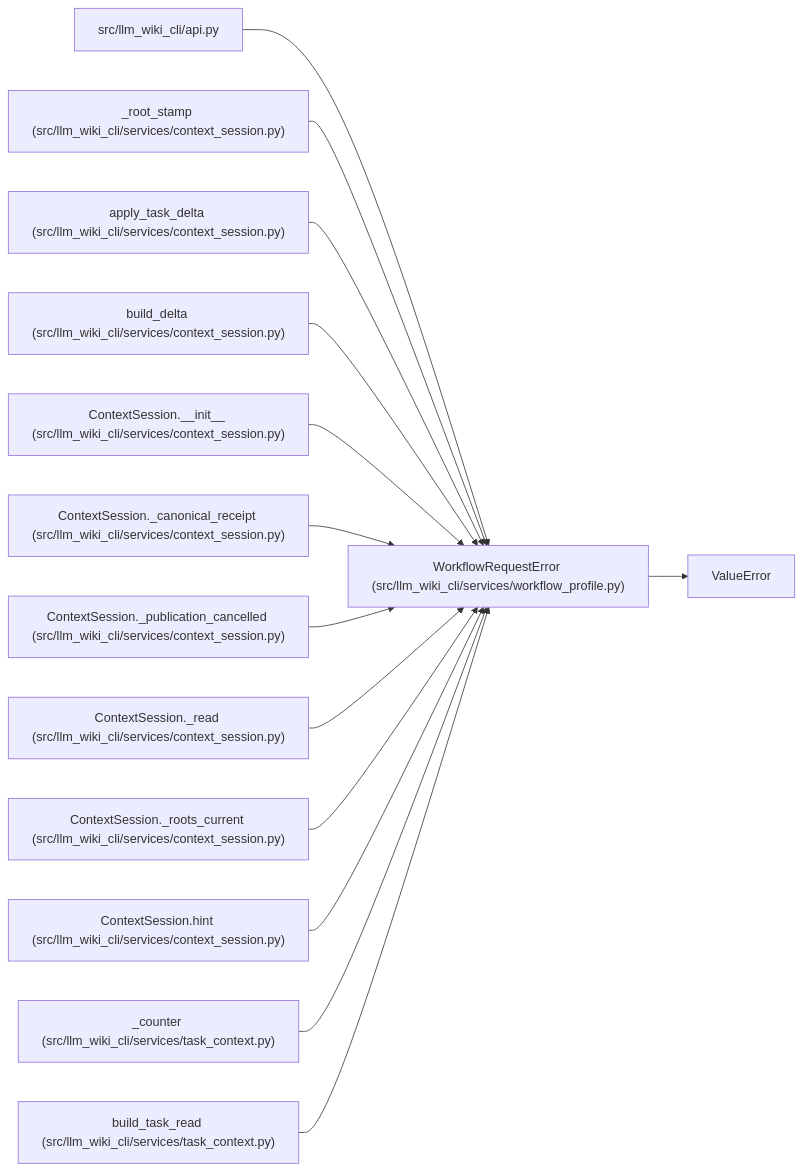
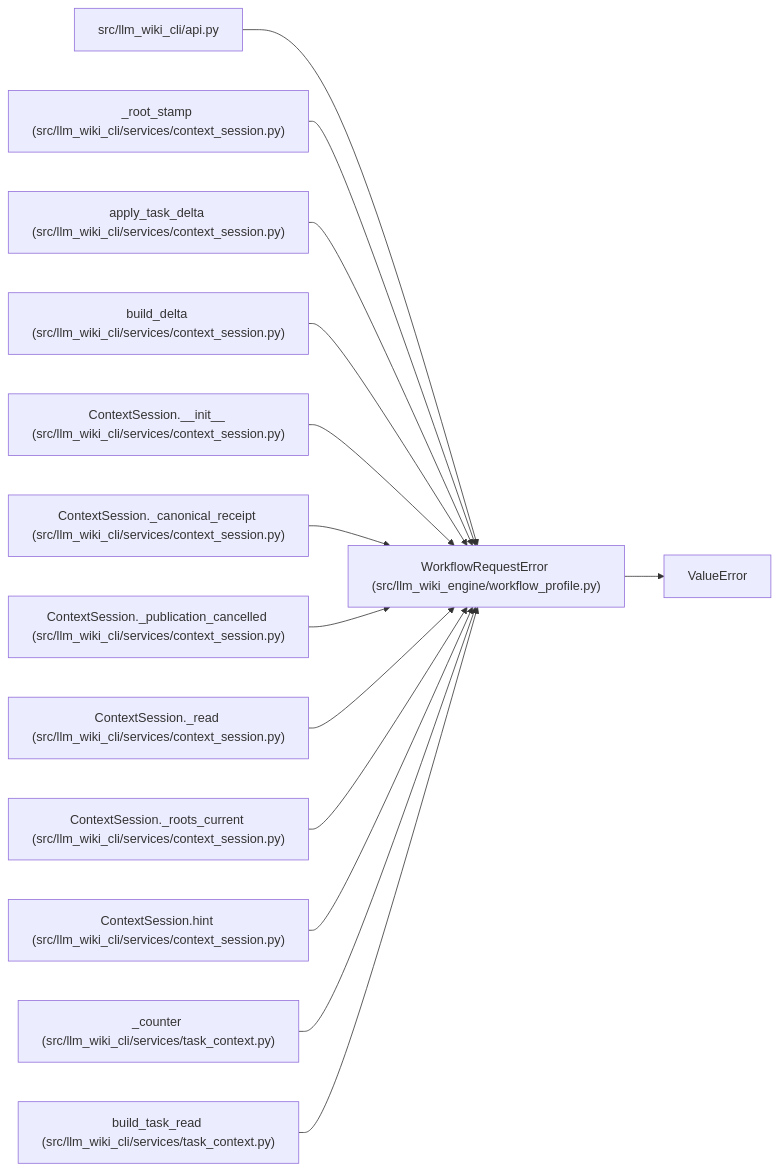
Before and after one commit to Denissvgn/python-wiki-llm: the diagram in docs/llm_wiki/entities/WorkflowRequestError.md, drawn with Mermaid. The commit also changed other lines of this file and 1103 other files, not shown here.

First line of the commit message:
docs: refresh the wiki for the llm-wiki-engine distribution

````diff
--- a/docs/llm_wiki/entities/WorkflowRequestError.md
+++ b/docs/llm_wiki/entities/WorkflowRequestError.md
@@ -25,43 +25,43 @@
 ```mermaid
 flowchart LR
-    n0["WorkflowRequestError (src/llm_wiki_cli/services/workflow_profile.py)"]
+    n0["WorkflowRequestError (src/llm_wiki_engine/workflow_profile.py)"]
     n1["ValueError"]
     n2["src/llm_wiki_cli/api.py"]
     n3["_root_stamp (src/llm_wiki_cli/services/context_session.py)"]
     n4["apply_task_delta (src/llm_wiki_cli/services/context_session.py)"]
     n5["build_delta (src/llm_wiki_cli/services/context_session.py)"]
     n6["ContextSession.__init__ (src/llm_wiki_cli/services/context_session.py)"]
     n7["ContextSession._canonical_receipt (src/llm_wiki_cli/services/context_session.py)"]
     n8["ContextSession._publication_cancelled (src/llm_wiki_cli/services/context_session.py)"]
     n9["ContextSession._read (src/llm_wiki_cli/services/context_session.py)"]
     n10["ContextSession._roots_current (src/llm_wiki_cli/services/context_session.py)"]
     n11["ContextSession.hint (src/llm_wiki_cli/services/context_session.py)"]
     n12["_counter (src/llm_wiki_cli/services/task_context.py)"]
     n13["build_task_read (src/llm_wiki_cli/services/task_context.py)"]
     n0 --> n1
     n2 --> n0
     n3 --> n0
     n4 --> n0
     n5 --> n0
     n6 --> n0
     n7 --> n0
     n8 --> n0
     n9 --> n0
     n10 --> n0
     n11 --> n0
     n12 --> n0
     n13 --> n0
     click n0 "../modules/workflow_profile.md"
     click n2 "../modules/api.md"
     click n3 "../modules/context_session.md"
     click n4 "../modules/context_session.md"
     click n5 "../modules/context_session.md"
     click n6 "../modules/context_session.md"
     click n7 "../modules/context_session.md"
     click n8 "../modules/context_session.md"
     click n9 "../modules/context_session.md"
     click n10 "../modules/context_session.md"
     click n11 "../modules/context_session.md"
     click n12 "../modules/task_context.md"
     click n13 "../modules/task_context.md"
 ```
````
